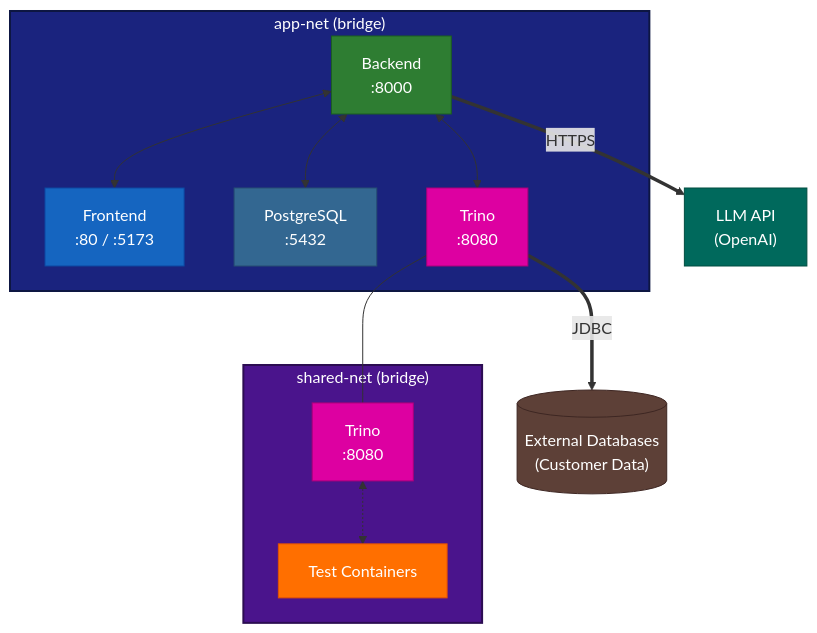
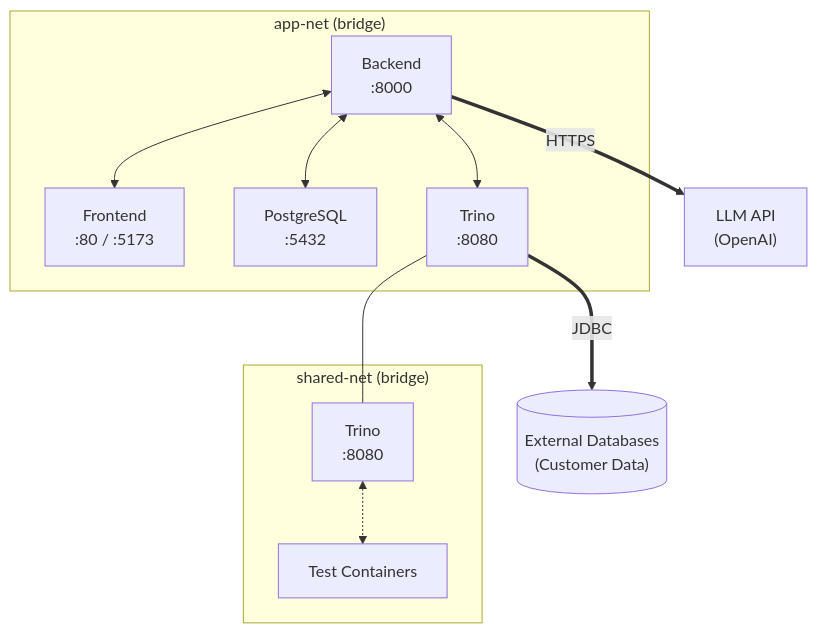
Before and after one commit to NLEx-team/NLEx: the first of 2 diagrams in docs/architecture/network.md, drawn with Mermaid. The commit also changed other lines of this file and 2 other files, not shown here.

Commit message:
docs: remove hardcoded colors from mermaid diagrams

````diff
--- a/docs/architecture/network.md
+++ b/docs/architecture/network.md
@@ -11,39 +11,28 @@
 ```mermaid
 graph TB
     subgraph app-net ["app-net (bridge)"]
         FE["Frontend<br/>:80 / :5173"]
         BE["Backend<br/>:8000"]
         PG["PostgreSQL<br/>:5432"]
         TR["Trino<br/>:8080"]
     end
 
     subgraph shared-net ["shared-net (bridge)"]
         TR2["Trino<br/>:8080"]
         TEST["Test Containers"]
     end
 
     TR --- TR2
 
     BE <--> FE
     BE <--> PG
     BE <--> TR
 
     TR2 <-.-> TEST
 
     EXT_DB[("External Databases<br/>(Customer Data)")]
     LLM["LLM API<br/>(OpenAI)"]
 
     TR =="JDBC"==> EXT_DB
     BE =="HTTPS"==> LLM
-
-    style app-net fill:#1a237e,color:#fff,stroke:#0d1642,stroke-width:2px
-    style shared-net fill:#4a148c,color:#fff,stroke:#2c0d52,stroke-width:2px
-    style FE fill:#1565c0,color:#fff,stroke:#0d47a1
-    style BE fill:#2e7d32,color:#fff,stroke:#1b5e20
-    style PG fill:#336791,color:#fff,stroke:#264d73
-    style TR fill:#dd00a1,color:#fff,stroke:#a8007a
-    style TR2 fill:#dd00a1,color:#fff,stroke:#a8007a
-    style TEST fill:#ff6f00,color:#fff,stroke:#e65100
-    style EXT_DB fill:#5d4037,color:#fff,stroke:#3e2723
-    style LLM fill:#00695c,color:#fff,stroke:#004d40
 ```
````
